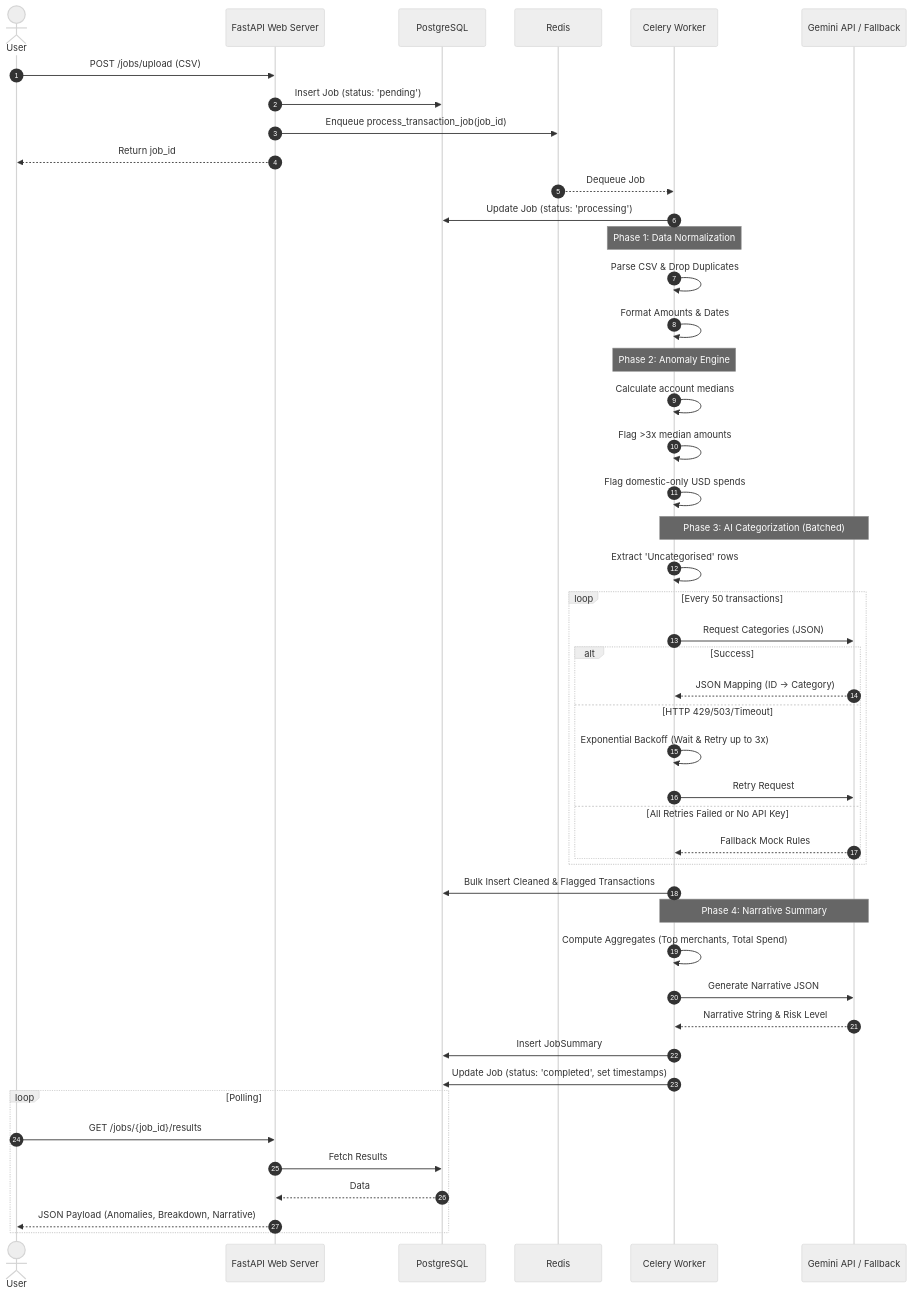
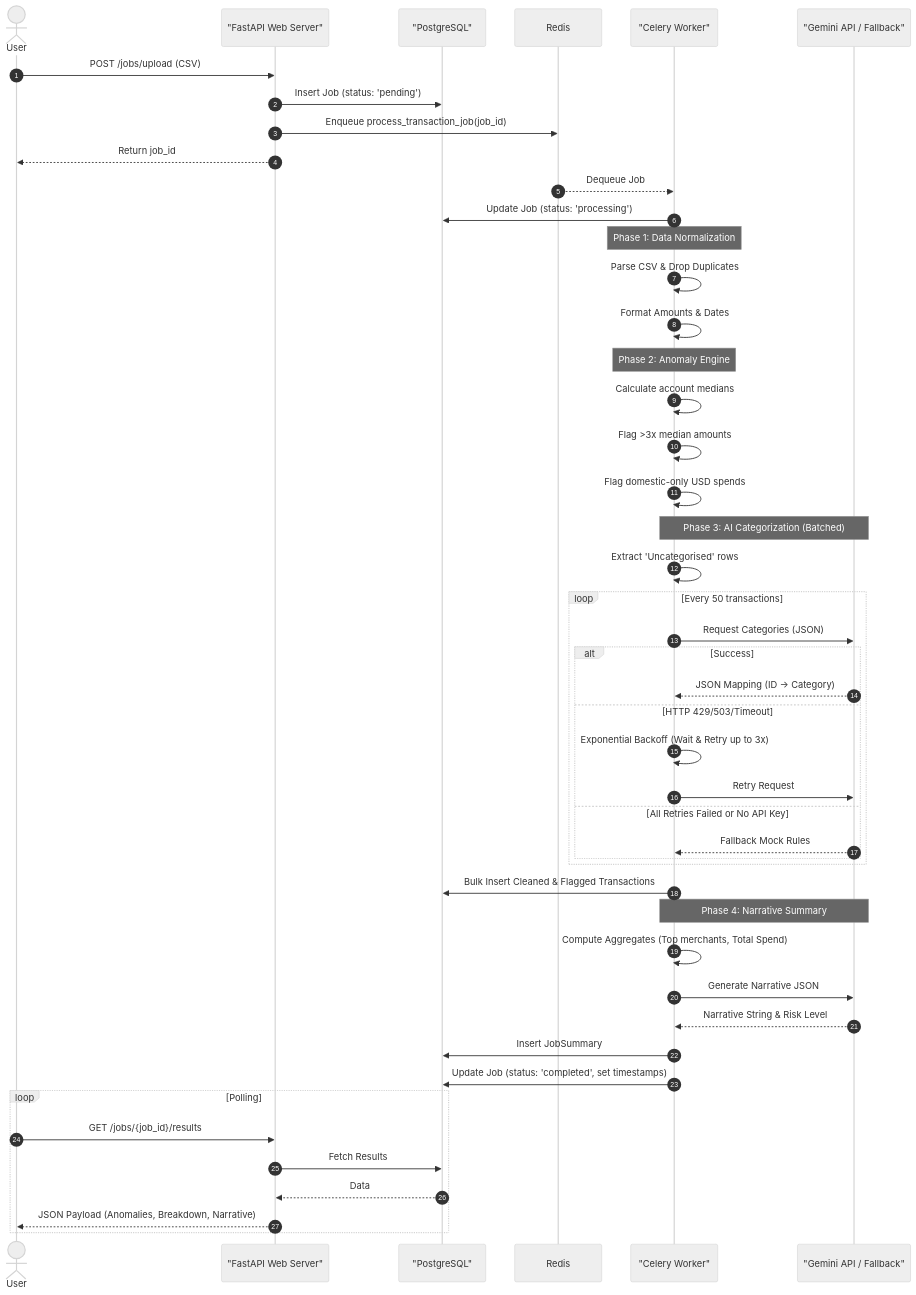
Before and after one commit to prakhar-developer/alemeno: the second of 2 diagrams in README.md, drawn with Mermaid (neutral theme). The commit also changed other lines of this file, not shown here.

Commit message:
fix: Quote text nodes in Mermaid diagrams to resolve GitHub rendering errors

````diff
--- a/README.md
+++ b/README.md
@@ -234,58 +234,58 @@
 ```mermaid
 sequenceDiagram
     autonumber
     actor User
-    participant API as FastAPI Web Server
-    participant DB as PostgreSQL
+    participant API as "FastAPI Web Server"
+    participant DB as "PostgreSQL"
     participant Redis
-    participant Worker as Celery Worker
-    participant LLM as Gemini API / Fallback
+    participant Worker as "Celery Worker"
+    participant LLM as "Gemini API / Fallback"
 
     User->>API: POST /jobs/upload (CSV)
     API->>DB: Insert Job (status: 'pending')
     API->>Redis: Enqueue process_transaction_job(job_id)
     API-->>User: Return job_id
 
     Redis-->>Worker: Dequeue Job
     Worker->>DB: Update Job (status: 'processing')
     
     note over Worker: Phase 1: Data Normalization
     Worker->>Worker: Parse CSV & Drop Duplicates
     Worker->>Worker: Format Amounts & Dates
     
     note over Worker: Phase 2: Anomaly Engine
     Worker->>Worker: Calculate account medians
     Worker->>Worker: Flag >3x median amounts
     Worker->>Worker: Flag domestic-only USD spends
     
     note over Worker, LLM: Phase 3: AI Categorization (Batched)
     Worker->>Worker: Extract 'Uncategorised' rows
     loop Every 50 transactions
         Worker->>LLM: Request Categories (JSON)
         alt Success
             LLM-->>Worker: JSON Mapping (ID -> Category)
         else HTTP 429/503/Timeout
             Worker->>Worker: Exponential Backoff (Wait & Retry up to 3x)
             Worker->>LLM: Retry Request
         else All Retries Failed or No API Key
             LLM-->>Worker: Fallback Mock Rules
         end
     end
     
     Worker->>DB: Bulk Insert Cleaned & Flagged Transactions
     
     note over Worker, LLM: Phase 4: Narrative Summary
     Worker->>Worker: Compute Aggregates (Top merchants, Total Spend)
     Worker->>LLM: Generate Narrative JSON
     LLM-->>Worker: Narrative String & Risk Level
     
     Worker->>DB: Insert JobSummary
     Worker->>DB: Update Job (status: 'completed', set timestamps)
     
     loop Polling
         User->>API: GET /jobs/{job_id}/results
         API->>DB: Fetch Results
         DB-->>API: Data
         API-->>User: JSON Payload (Anomalies, Breakdown, Narrative)
     end
 ```
````
